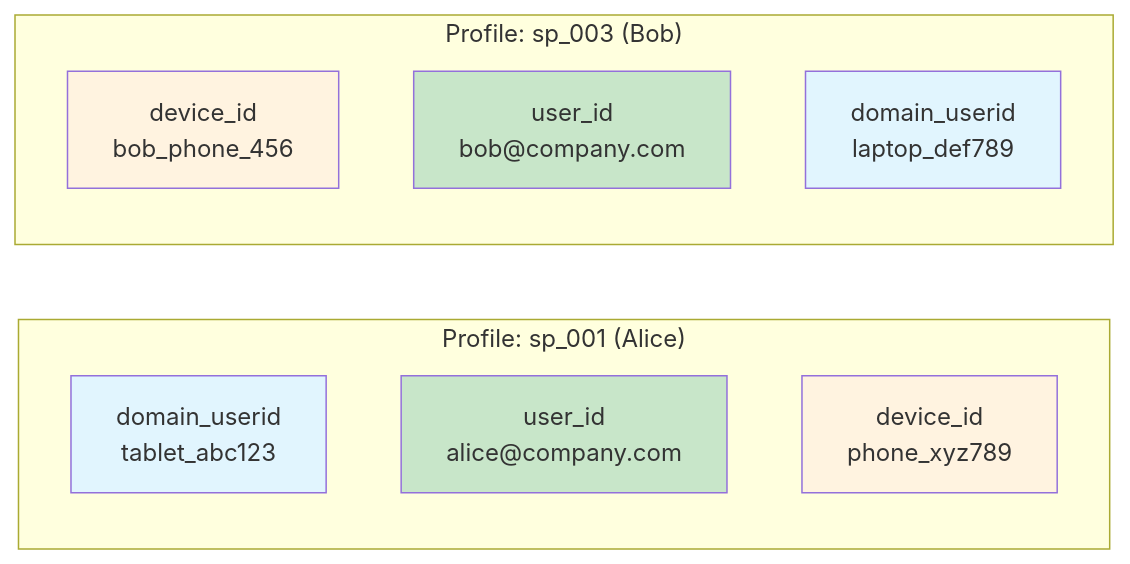
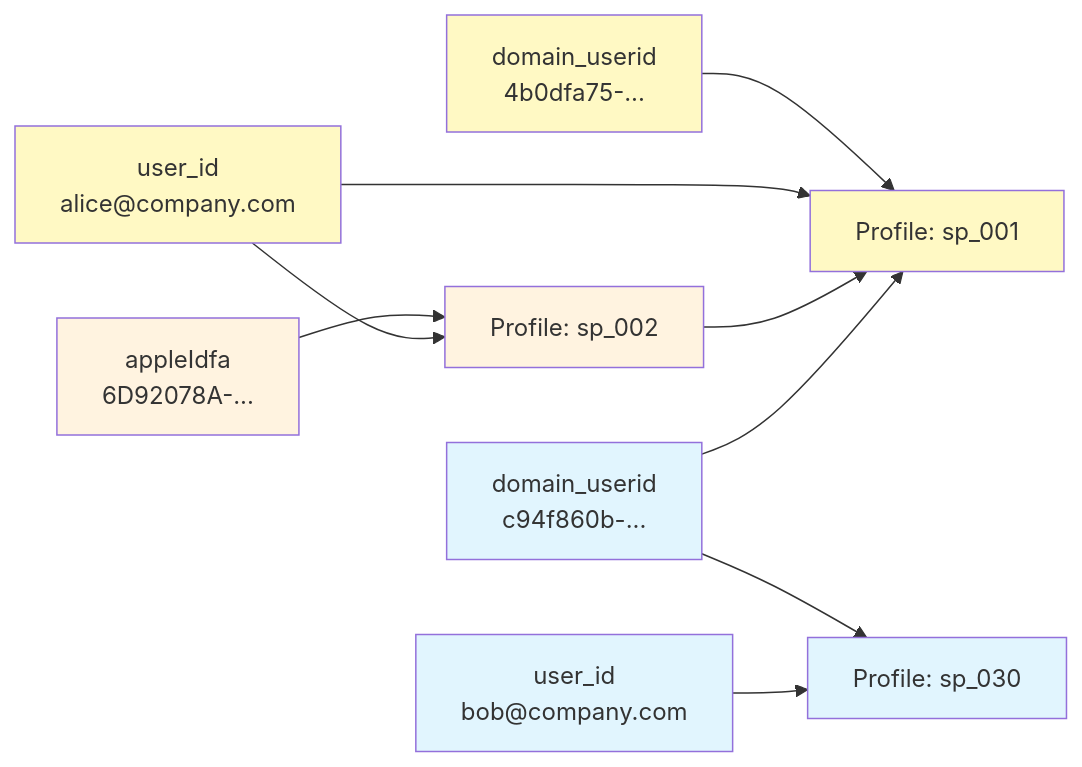
One commit to snowplow/documentation changed the sixth of 7 diagrams in docs/identities/concepts/index.md. Above: the diagram before and after it, drawn with Mermaid. The commit also changed other lines of this file, not shown here.

````diff
--- a/docs/identities/concepts/index.md
+++ b/docs/identities/concepts/index.md
@@ -239,27 +219,38 @@
 ```mermaid
 graph LR
-    subgraph "Profile: sp_001 (Alice)"
-        A["domain_userid
-        tablet_abc123"]
-        B["user_id
-        alice@company.com"]
-        C["device_id
-        phone_xyz789"]
-    end
+    BobA["domain_userid
+    c94f860b-..."]
+    BobB["user_id
+    bob@company.com"]
+    BobC["Profile: sp_030"]
 
-    subgraph "Profile: sp_003 (Bob)"
-        D["device_id
-        bob_phone_456"]
-        E["user_id
-        bob@company.com"]
-        F["domain_userid
-        laptop_def789"]
-    end
+    BobA --> BobC
+    BobB --> BobC
 
-    style A fill:#e1f5fe
-    style B fill:#c8e6c9
+    style BobA fill:#e1f5fe
+    style BobB fill:#e1f5fe
+    style BobC fill:#e1f5fe
+
+    A["domain_userid
+    4b0dfa75-..."]
+    B["user_id
+    alice@company.com"]
+    C["appleIdfa
+    6D92078A-..."]
+    P1["Profile: sp_001"]
+    P2["Profile: sp_002"]
+
+    A --> P1
+    B --> P1
+    C --> P2
+    B --> P2
+    P2 --> P1
+
+    BobA --> P1
+
+    style A fill:#fff9c4
+    style B fill:#fff9c4
     style C fill:#fff3e0
-    style D fill:#fff3e0
-    style E fill:#c8e6c9
-    style F fill:#e1f5fe
+    style P1 fill:#fff9c4
+    style P2 fill:#fff3e0
 ```
````
